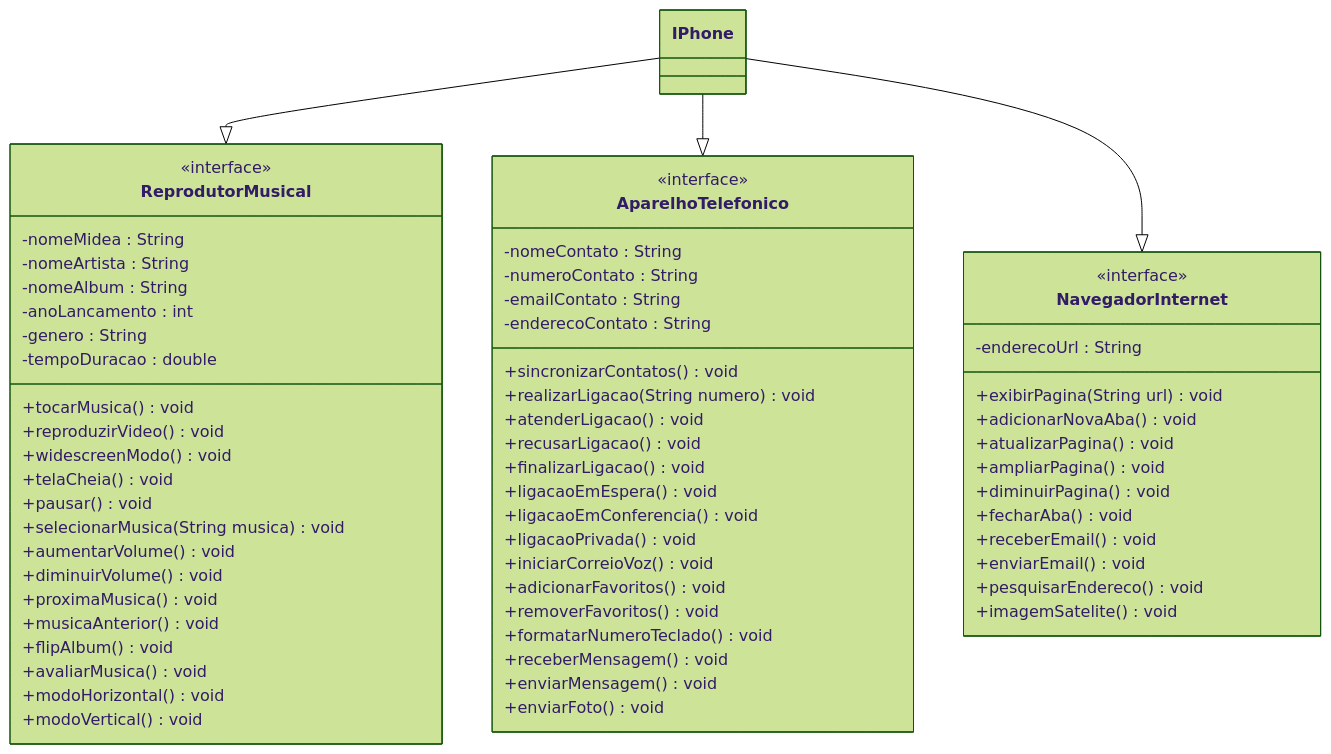
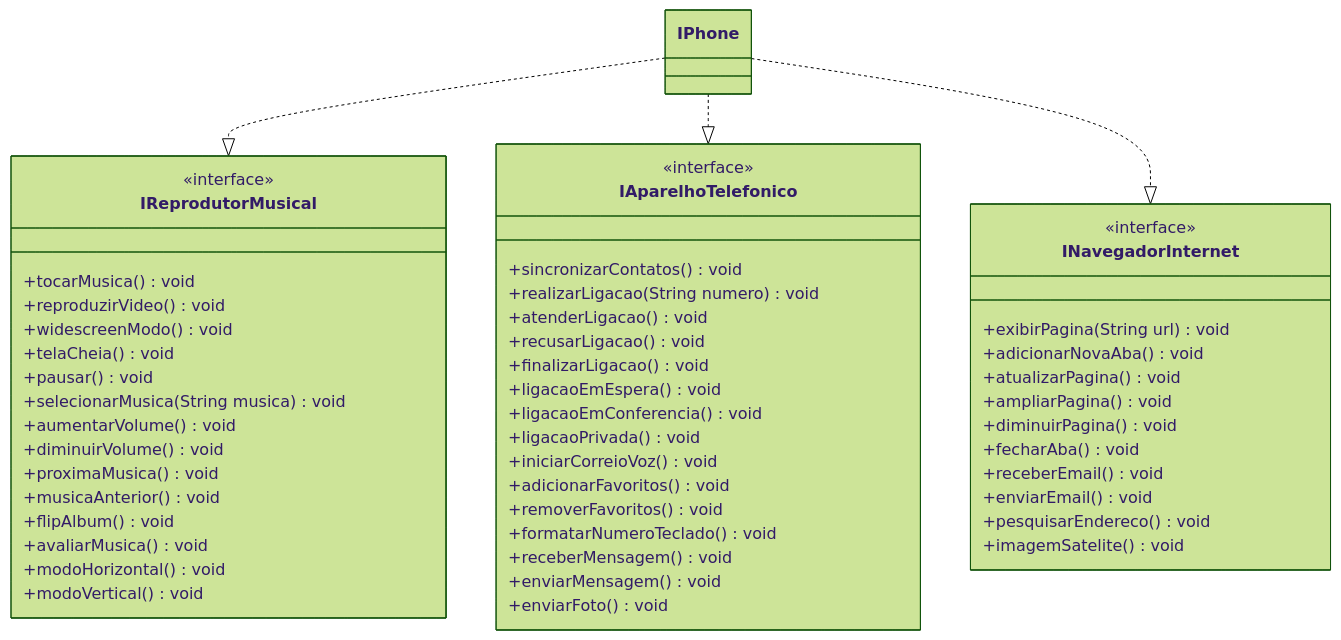
Before and after one commit to HugoCarnavalleDev/desafio-dio-java-intermediario-1: the diagram in README.md, drawn with Mermaid (forest theme). The commit also changed other lines of this file, not shown here.

Commit message:
Atualização do README

````diff
--- a/README.md
+++ b/README.md
@@ -50,26 +54,13 @@
 ```mermaid
 classDiagram
-    class ReprodutorMusical {
+    class IReprodutorMusical {
         <<interface>>
-        -nomeMidea : String
-        -nomeArtista : String
-        -nomeAlbum : String
-        -anoLancamento : int
-        -genero : String
-        -tempoDuracao : double
-
-        %% +String getNomeMusica()
-        %% +void setNomeMusica(String nomeMusica)
-        %% +String getnomeArtista()
-        %% +void setnomeArtista(String artista)
-        %% +String getNomeAlbum()
-        %% +void setNomeAlbum(String nomeAlbum)
-        %% +int getAnoLancamento()
-        %% +void setAnoLancamento(int anoLancamento)
-        %% +String getGenero()
-        %% +void setGenero(String genero)
-        %% +double getTempoDuracao()
-        %% +void setTempoDuracao(double tempoDuracao)
+        %% -nomeMidea : String
+        %% -nomeArtista : String
+        %% -nomeAlbum : String
+        %% -anoLancamento : int
+        %% -genero : String
+        %% -tempoDuracao : double
 
         +tocarMusica() void
         +reproduzirVideo() void
@@ -87,13 +78,12 @@
         +modoVertical() void
     }
 
-    class AparelhoTelefonico {
+    class IAparelhoTelefonico {
         <<interface>>
-        %% Contato
-        -nomeContato : String
-        -numeroContato : String
-        -emailContato : String
-        -enderecoContato : String
+        %% -nomeContato : String
+        %% -numeroContato : String
+        %% -emailContato : String
+        %% -enderecoContato : String
 
         %% Ligações
         +sincronizarContatos() void
@@ -117,11 +107,11 @@
         +enviarFoto() void
     }
 
-    class NavegadorInternet {
+    class INavegadorInternet {
         <<interface>>
+        %% -enderecoUrl : String
+
         %% Web Browser
-        -enderecoUrl : String
-
         +exibirPagina(String url) void
         +adicionarNovaAba() void
         +atualizarPagina() void
@@ -142,7 +132,7 @@
 
     }
 
-    IPhone --|> ReprodutorMusical
-    IPhone --|> AparelhoTelefonico
-    IPhone --|> NavegadorInternet
+    IPhone ..|> IReprodutorMusical
+    IPhone ..|> IAparelhoTelefonico
+    IPhone ..|> INavegadorInternet
 ```
````
